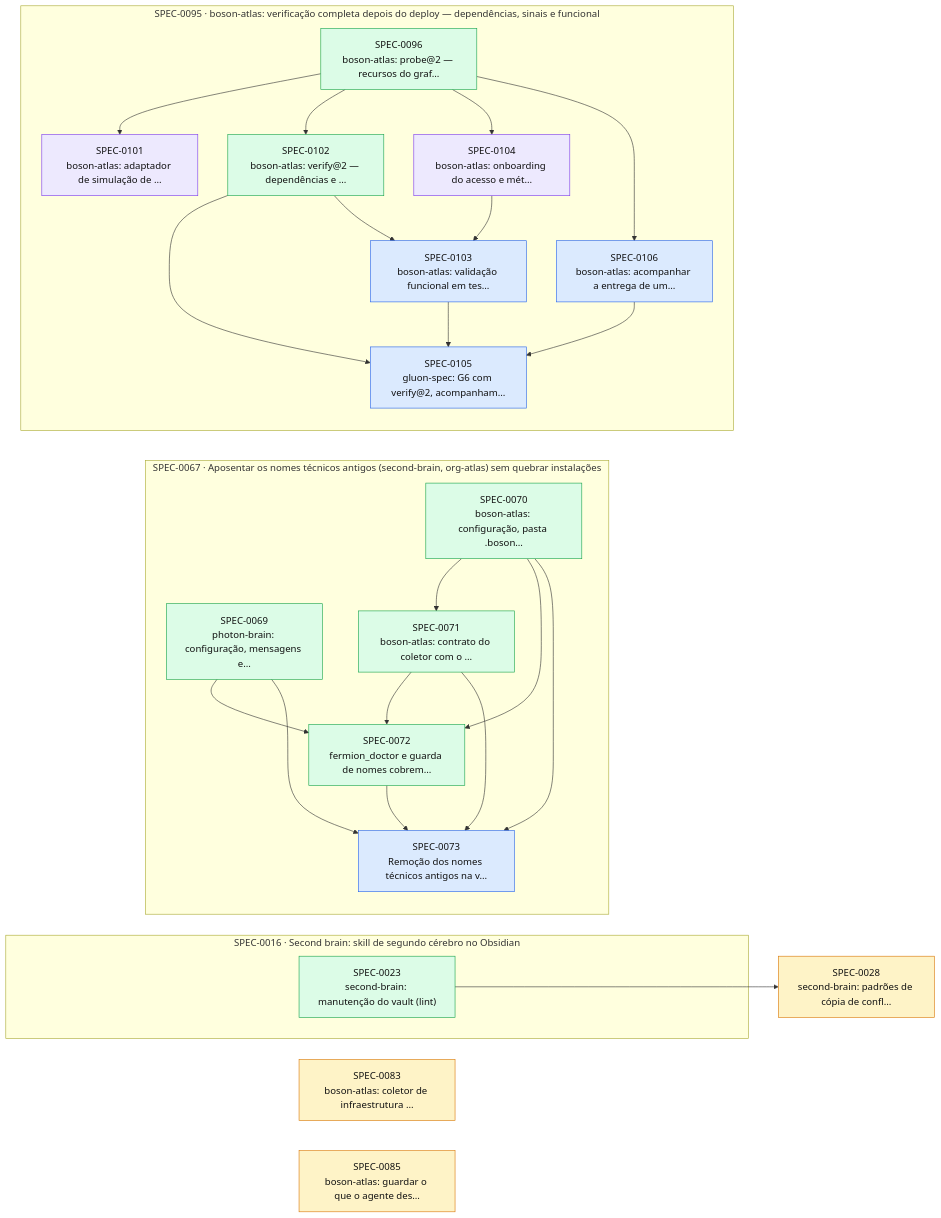
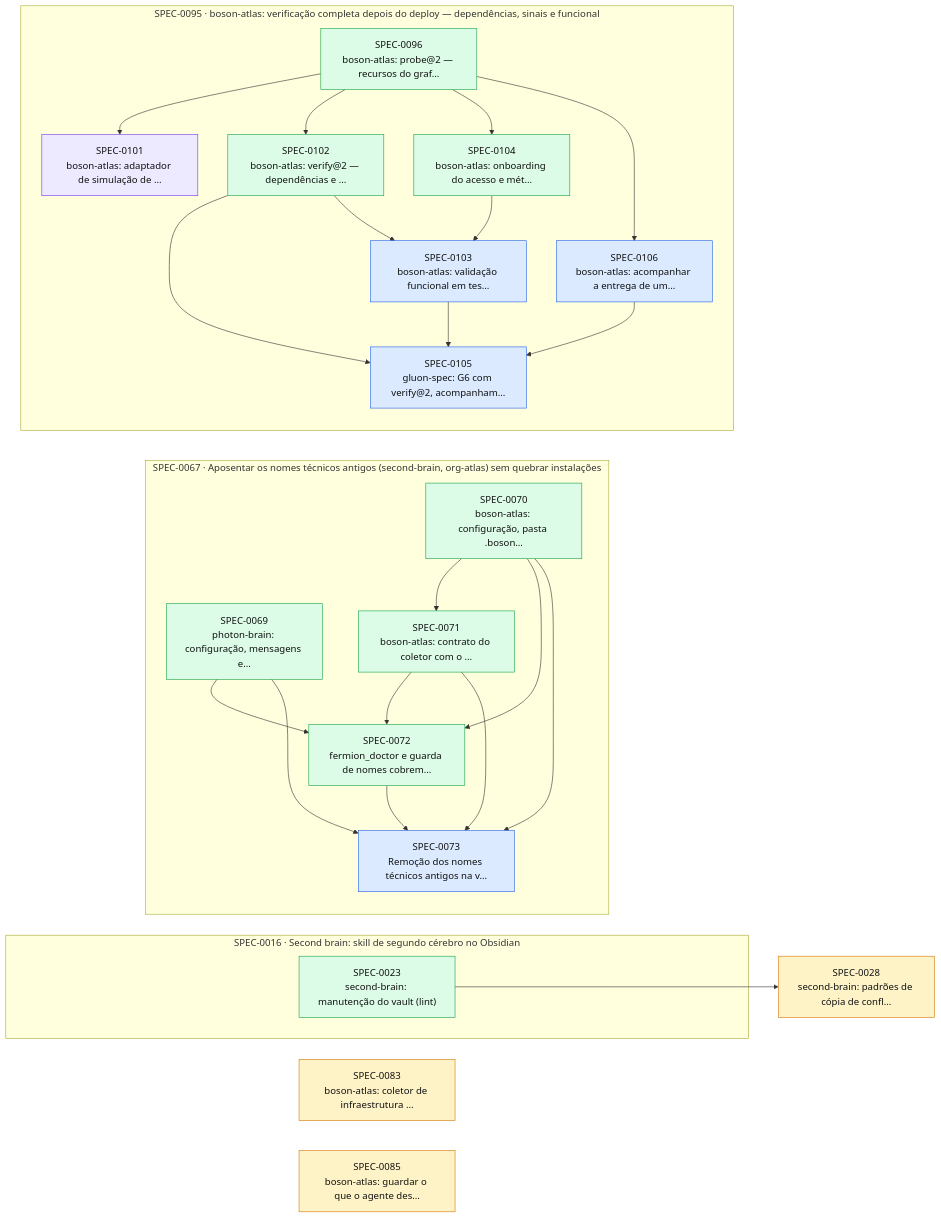
The diagram in docs/specs/INDEX.md (thomasravache/ai-dev-brain), drawn with Mermaid before and after one commit. The commit also changed other lines of this file and 1 other file, not shown here.

First line of the commit message:
docs(specs): G7 e fechamento da SPEC-0104

````diff
--- a/docs/specs/INDEX.md
+++ b/docs/specs/INDEX.md
@@ -70,48 +69,48 @@
 ```mermaid
 flowchart LR
   S0028["SPEC-0028<br/>second-brain: padrões de cópia de confl…"]:::proposed
   S0083["SPEC-0083<br/>boson-atlas: coletor de infraestrutura …"]:::proposed
   S0085["SPEC-0085<br/>boson-atlas: guardar o que o agente des…"]:::proposed
   subgraph E0016["SPEC-0016 · Second brain: skill de segundo cérebro no Obsidian"]
     S0023["SPEC-0023<br/>second-brain: manutenção do vault (lint)"]:::implemented
   end
   subgraph E0067["SPEC-0067 · Aposentar os nomes técnicos antigos (second-brain, org-atlas) sem quebrar instalações"]
     S0069["SPEC-0069<br/>photon-brain: configuração, mensagens e…"]:::implemented
     S0070["SPEC-0070<br/>boson-atlas: configuração, pasta .boson…"]:::implemented
     S0071["SPEC-0071<br/>boson-atlas: contrato do coletor com o …"]:::implemented
     S0072["SPEC-0072<br/>fermion_doctor e guarda de nomes cobrem…"]:::implemented
     S0073["SPEC-0073<br/>Remoção dos nomes técnicos antigos na v…"]:::approved
   end
   subgraph E0095["SPEC-0095 · boson-atlas: verificação completa depois do deploy — dependências, sinais e funcional"]
     S0096["SPEC-0096<br/>boson-atlas: probe@2 — recursos do graf…"]:::implemented
     S0101["SPEC-0101<br/>boson-atlas: adaptador de simulação de …"]:::inprogress
     S0102["SPEC-0102<br/>boson-atlas: verify@2 — dependências e …"]:::implemented
     S0103["SPEC-0103<br/>boson-atlas: validação funcional em tes…"]:::approved
-    S0104["SPEC-0104<br/>boson-atlas: onboarding do acesso e mét…"]:::inprogress
+    S0104["SPEC-0104<br/>boson-atlas: onboarding do acesso e mét…"]:::implemented
     S0105["SPEC-0105<br/>gluon-spec: G6 com verify@2, acompanham…"]:::approved
     S0106["SPEC-0106<br/>boson-atlas: acompanhar a entrega de um…"]:::approved
   end
   S0023 --> S0028
   S0070 --> S0071
   S0069 --> S0072
   S0070 --> S0072
   S0071 --> S0072
   S0069 --> S0073
   S0070 --> S0073
   S0071 --> S0073
   S0072 --> S0073
   S0096 --> S0101
   S0096 --> S0102
   S0102 --> S0103
   S0104 --> S0103
   S0096 --> S0104
   S0102 --> S0105
   S0103 --> S0105
   S0106 --> S0105
   S0096 --> S0106
   classDef proposed fill:#fef3c7,stroke:#d97706,color:#111
   classDef approved fill:#dbeafe,stroke:#2563eb,color:#111
   classDef inprogress fill:#ede9fe,stroke:#7c3aed,color:#111
   classDef implemented fill:#dcfce7,stroke:#16a34a,color:#111
   classDef deprecated fill:#f3f4f6,stroke:#9ca3af,color:#6b7280
 ```
````
